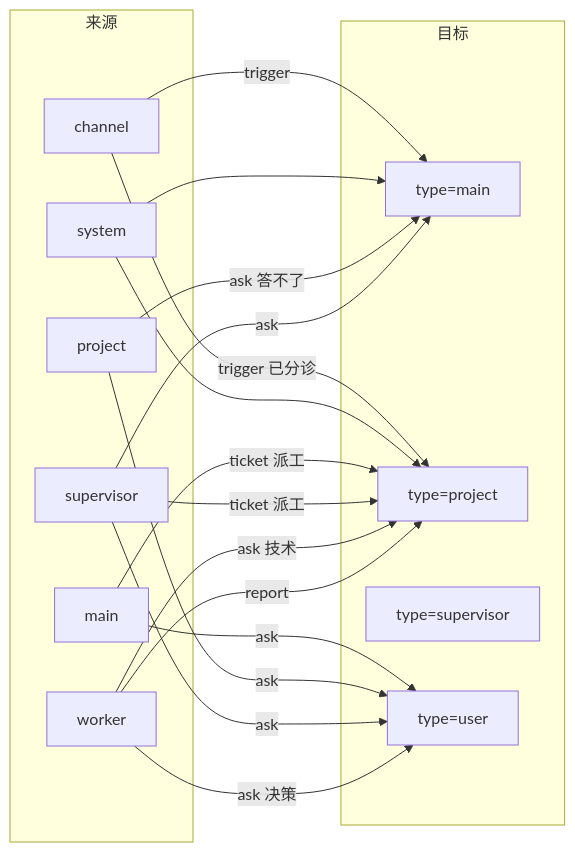
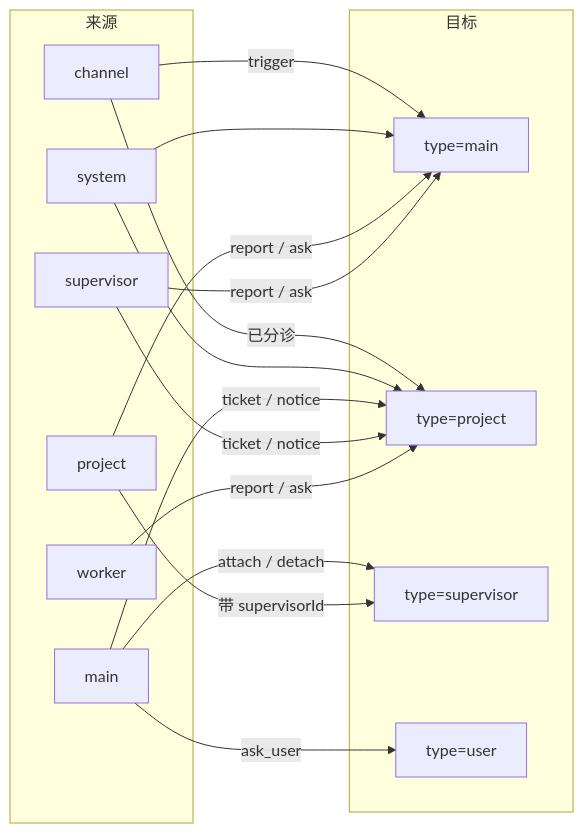
The seventh of 11 diagrams in docs/flow.md (omdsh-dev/dsh-nexus), drawn with Mermaid before and after one commit. The commit also changed other lines of this file and 52 other files, not shown here.

````diff
--- a/docs/flow.md
+++ b/docs/flow.md
@@ -334,37 +199,22 @@
 ```mermaid
 flowchart LR
     subgraph 来源
-        CH["channel"]
-        SY["system"]
-        MA["main"]
-        PR["project"]
-        SU["supervisor"]
-        WK["worker"]
+        CH["channel"]; SY["system"]; MA["main"]; PR["project"]; SU["supervisor"]; WK["worker"]
     end
-
     subgraph 目标
-        TMA["type=main"]
-        TPR["type=project"]
-        TSU["type=supervisor"]
-        TU["type=user"]
+        TMA["type=main"]; TPR["type=project"]; TSU["type=supervisor"]; TU["type=user"]
     end
 
     CH -->|trigger| TMA
-    CH -->|trigger 已分诊| TPR
+    CH -->|已分诊| TPR
     SY --> TMA
     SY --> TPR
-
-    MA -->|ticket 派工| TPR
-    MA -->|ask| TU
-
-    PR -->|ask 答不了| TMA
-    PR -->|ask| TU
-
-    SU -->|ticket 派工| TPR
-    SU -->|ask| TMA
-    SU -->|ask| TU
-
-    WK -->|ask 技术| TPR
-    WK -->|ask 决策| TU
-    WK -->|report| TPR
+    MA -->|ticket / notice| TPR
+    MA -->|ask_user| TU
+    MA -->|attach / detach| TSU
+    PR -->|report / ask| TMA
+    PR -->|"带 supervisorId"| TSU
+    SU -->|ticket / notice| TPR
+    SU -->|report / ask| TMA
+    WK -->|report / ask| TPR
 ```
````
